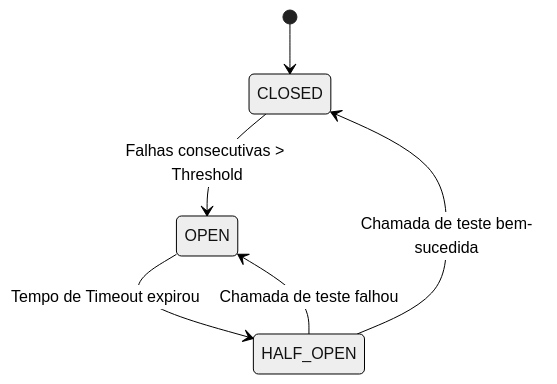
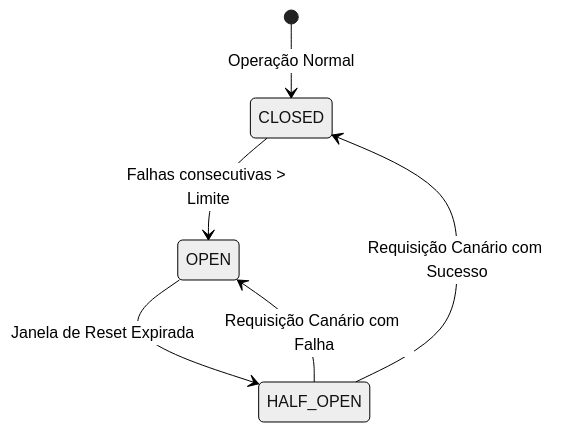
The first of 2 diagrams in docs/reference/07-resilience-scalability-and-distributed-patterns.md (andermoreira/arch-lab), drawn with Mermaid (neutral theme) before and after one commit. The commit also changed other lines of this file and 17 other files, not shown here.

````diff
--- a/docs/reference/07-resilience-scalability-and-distributed-patterns.md
+++ b/docs/reference/07-resilience-scalability-and-distributed-patterns.md
@@ -8,8 +9,8 @@
 ```mermaid
 stateDiagram-v2
-    [*] --> CLOSED
-    CLOSED --> OPEN: Falhas consecutivas > Threshold
-    OPEN --> HALF_OPEN: Tempo de Timeout expirou
-    HALF_OPEN --> CLOSED: Chamada de teste bem-sucedida
-    HALF_OPEN --> OPEN: Chamada de teste falhou
+    [*] --> CLOSED: Operação Normal
+    CLOSED --> OPEN: Falhas consecutivas > Limite
+    OPEN --> HALF_OPEN: Janela de Reset Expirada
+    HALF_OPEN --> CLOSED: Requisição Canário com Sucesso
+    HALF_OPEN --> OPEN: Requisição Canário com Falha
 ```
````
